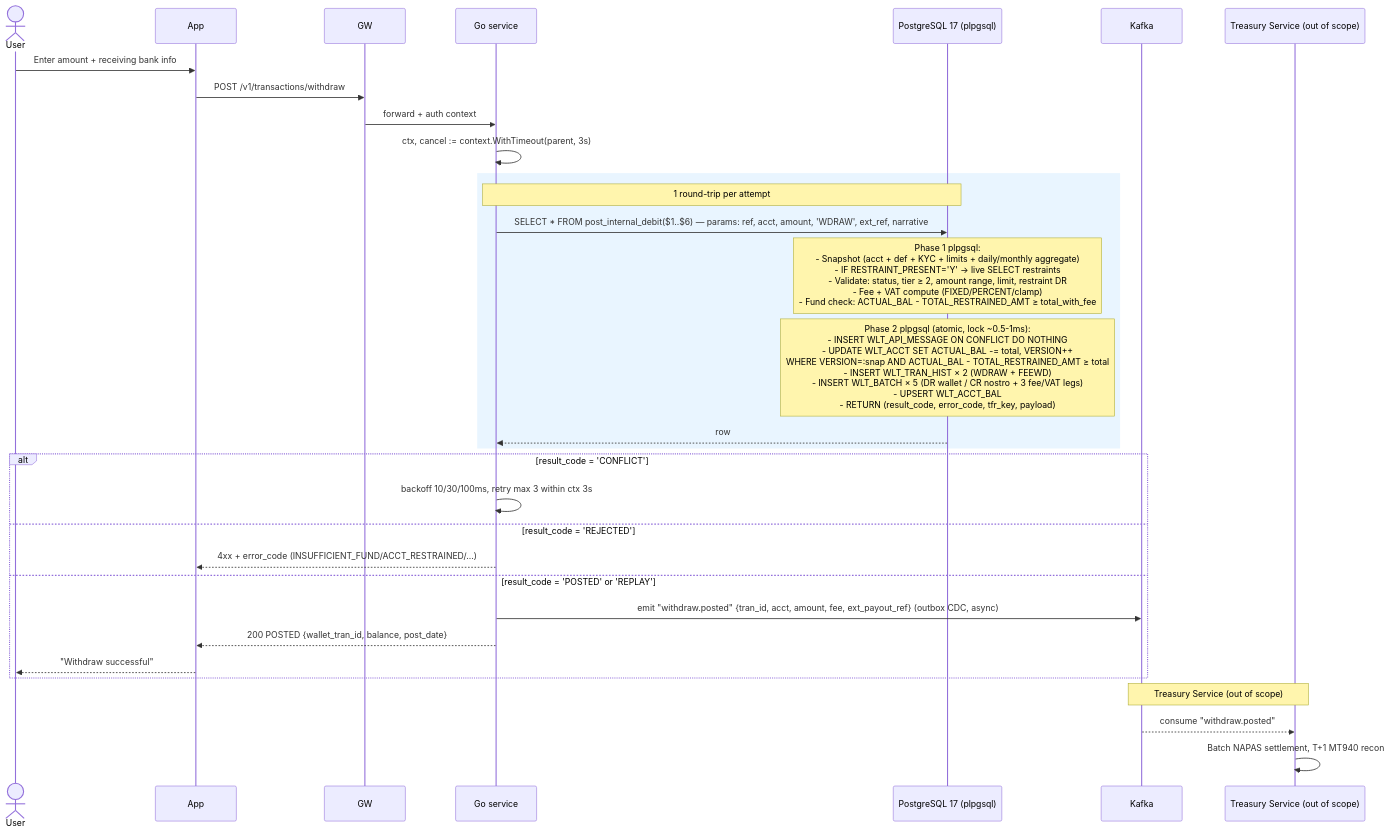
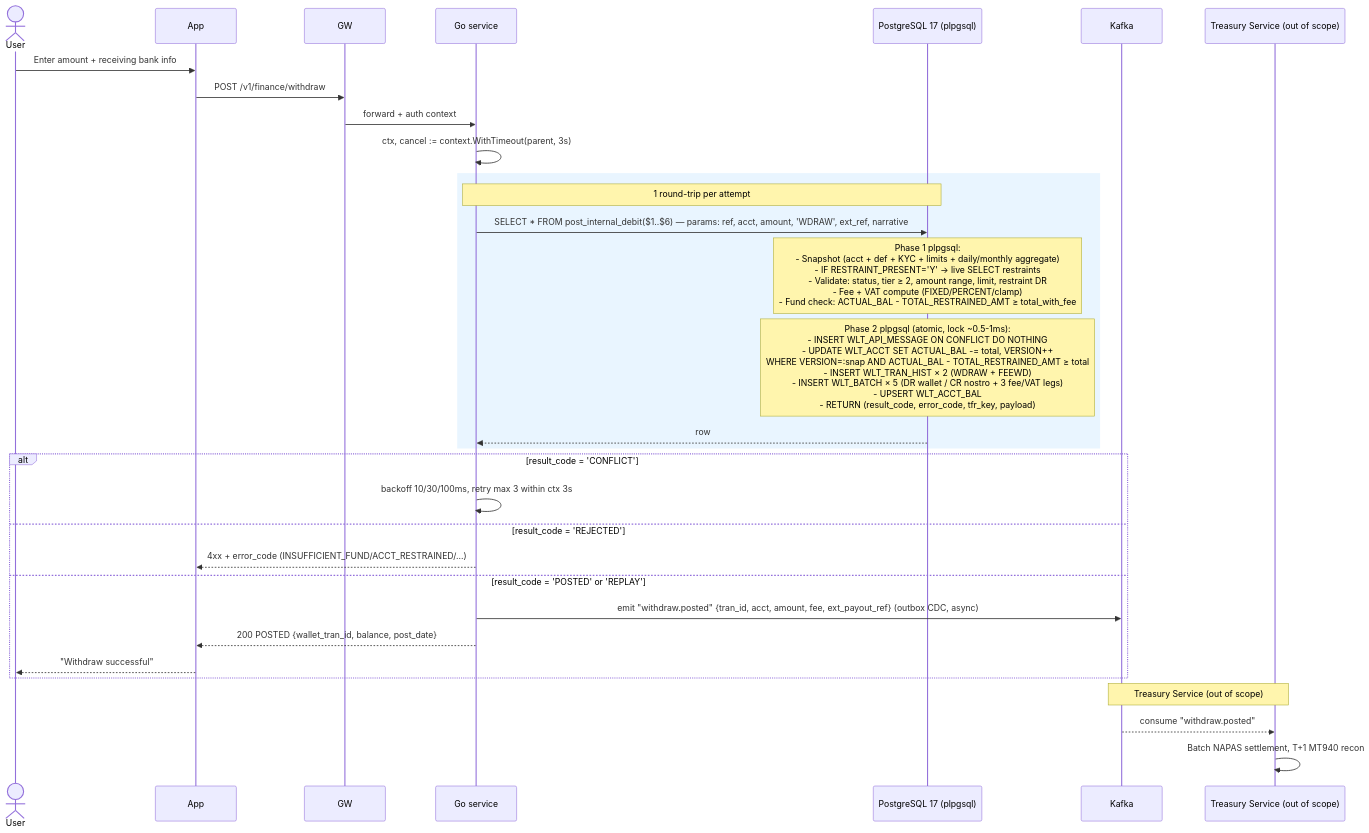
One commit to huuhoait/core-wallet changed the third of 6 diagrams in docs/specs/finance_transaction.md. Above: the diagram before and after it, drawn with Mermaid. The commit also changed other lines of this file and 14 other files, not shown here.

````diff
--- a/docs/specs/finance_transaction.md
+++ b/docs/specs/finance_transaction.md
@@ -270,38 +270,38 @@
 ```mermaid
 sequenceDiagram
   actor User
   participant App
   participant GW
   participant GO as Go service
   participant DB as PostgreSQL 17 (plpgsql)
   participant K as Kafka
   participant TRS as Treasury Service (out of scope)
 
   User->>App: Enter amount + receiving bank info
-  App->>GW: POST /v1/transactions/withdraw
+  App->>GW: POST /v1/finance/withdraw
   GW->>GO: forward + auth context
   
   GO->>GO: ctx, cancel := context.WithTimeout(parent, 3s)
   
   rect rgba(200,230,255,0.4)
     Note over GO,DB: 1 round-trip per attempt
     GO->>DB: SELECT * FROM post_internal_debit($1..$6) — params: ref, acct, amount, 'WDRAW', ext_ref, narrative
     Note over DB: Phase 1 plpgsql:<br/>- Snapshot (acct + def + KYC + limits + daily/monthly aggregate)<br/>- IF RESTRAINT_PRESENT='Y' → live SELECT restraints<br/>- Validate: status, tier ≥ 2, amount range, limit, restraint DR<br/>- Fee + VAT compute (FIXED/PERCENT/clamp)<br/>- Fund check: ACTUAL_BAL - TOTAL_RESTRAINED_AMT ≥ total_with_fee
     Note over DB: Phase 2 plpgsql (atomic, lock ~0.5-1ms):<br/>- INSERT WLT_API_MESSAGE ON CONFLICT DO NOTHING<br/>- UPDATE WLT_ACCT SET ACTUAL_BAL -= total, VERSION++<br/>  WHERE VERSION=:snap AND ACTUAL_BAL - TOTAL_RESTRAINED_AMT ≥ total<br/>- INSERT WLT_TRAN_HIST × 2 (WDRAW + FEEWD)<br/>- INSERT WLT_BATCH × 5 (DR wallet / CR nostro + 3 fee/VAT legs)<br/>- UPSERT WLT_ACCT_BAL<br/>- RETURN (result_code, error_code, tfr_key, payload)
     DB-->>GO: row
   end
   
   alt result_code = 'CONFLICT'
     GO->>GO: backoff 10/30/100ms, retry max 3 within ctx 3s
   else result_code = 'REJECTED'
     GO-->>App: 4xx + error_code (INSUFFICIENT_FUND/ACCT_RESTRAINED/...)
   else result_code = 'POSTED' or 'REPLAY'
     GO->>K: emit "withdraw.posted" {tran_id, acct, amount, fee, ext_payout_ref} (outbox CDC, async)
     GO-->>App: 200 POSTED {wallet_tran_id, balance, post_date}
     App-->>User: "Withdraw successful"
   end
   
   Note over TRS,K: Treasury Service (out of scope)
   K-->>TRS: consume "withdraw.posted"
   TRS->>TRS: Batch NAPAS settlement, T+1 MT940 recon
 ```
````
